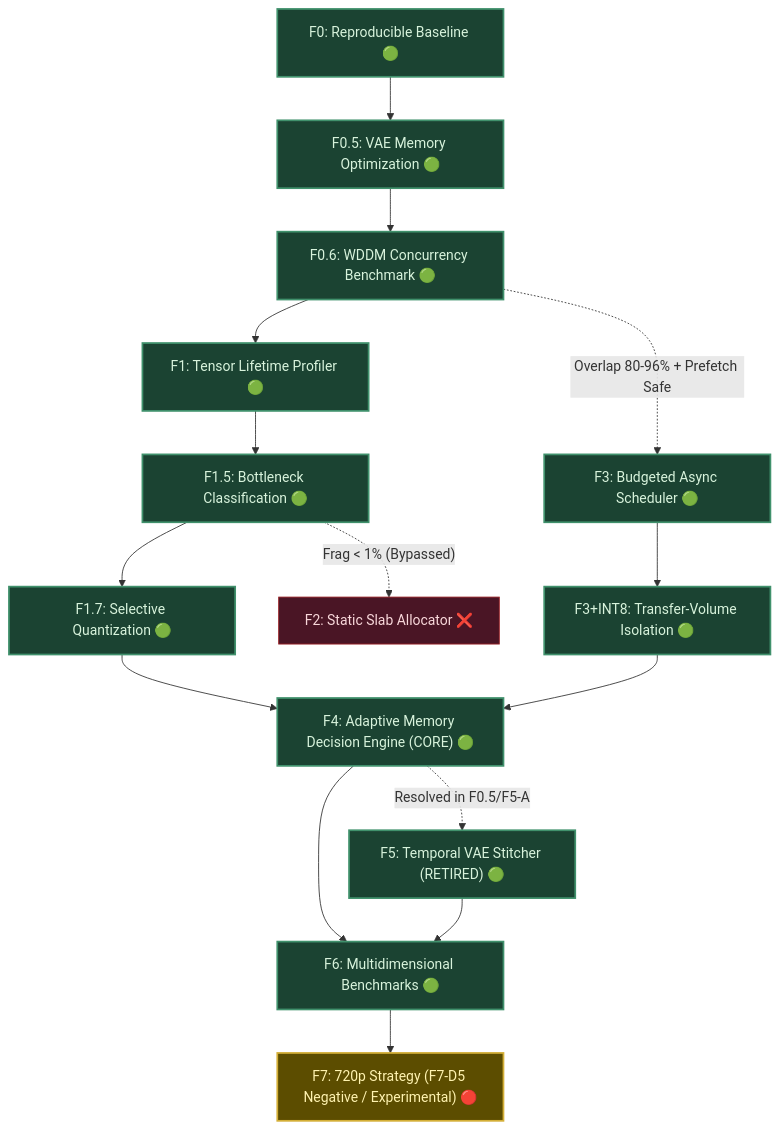
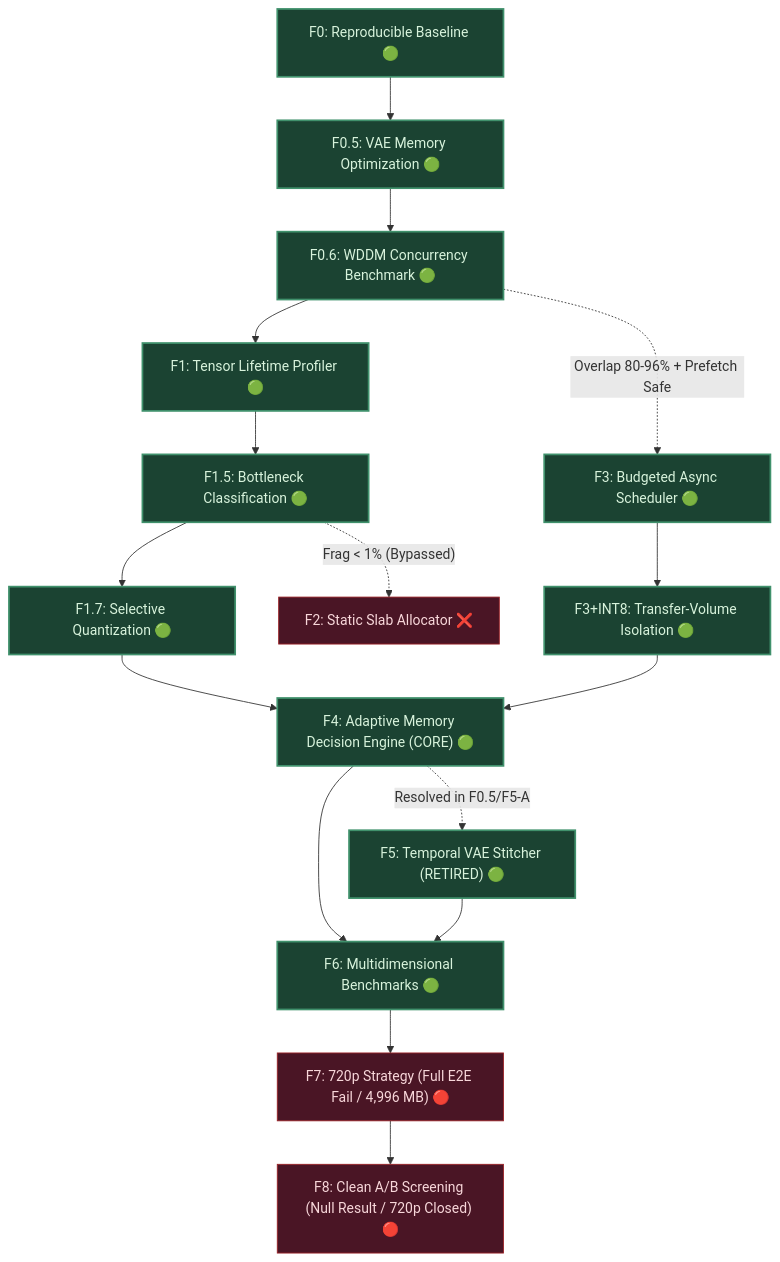
Before and after one commit to LARP/marley-adaptive-runtime: the diagram in ROADMAP.md, drawn with Mermaid. The commit also changed other lines of this file and 7 other files, not shown here.

````diff
--- a/ROADMAP.md
+++ b/ROADMAP.md
@@ -90,24 +89,25 @@
 ```mermaid
 flowchart TD
     F0["F0: Reproducible Baseline 🟢"] --> F05["F0.5: VAE Memory Optimization 🟢"]
     F05 --> F06["F0.6: WDDM Concurrency Benchmark 🟢"]
     F06 --> F1["F1: Tensor Lifetime Profiler 🟢"]
     F1 --> F15["F1.5: Bottleneck Classification 🟢"]
     F15 --> F17["F1.7: Selective Quantization 🟢"]
     F15 -.->|"Frag < 1% (Bypassed)"| F2["F2: Static Slab Allocator ❌"]
     F06 -.->|"Overlap 80-96% + Prefetch Safe"| F3["F3: Budgeted Async Scheduler 🟢"]
     F17 --> F4["F4: Adaptive Memory Decision Engine (CORE) 🟢"]
     F3 --> F3I8["F3+INT8: Transfer-Volume Isolation 🟢"] --> F4
     F4 -.->|"Resolved in F0.5/F5-A"| F5["F5: Temporal VAE Stitcher (RETIRED) 🟢"]
     F4 --> F6["F6: Multidimensional Benchmarks 🟢"]
     F5 --> F6
-    F6 --> F7["F7: 720p Strategy (F7-D5 Negative / Experimental) 🔴"]
+    F6 --> F7["F7: 720p Strategy (Full E2E Fail / 4,996 MB) 🔴"]
+    F7 --> F8["F8: Clean A/B Screening (Null Result / 720p Closed) 🔴"]
 
     classDef pass fill:#1b4332,stroke:#40916c,stroke-width:2px,color:#d8f3dc;
     classDef inprog fill:#5c4d00,stroke:#d4af37,stroke-width:2px,color:#fff3b0;
     classDef bypass fill:#4a1525,stroke:#9b2226,stroke-width:1px,color:#f8d7da;
     class F0,F05,F06,F1,F15,F17,F3 pass;
     class F3I8,F4,F5,F6 pass;
-    class F7 inprog;
+    class F7,F8 bypass;
     class F2 bypass;
 ```
````
